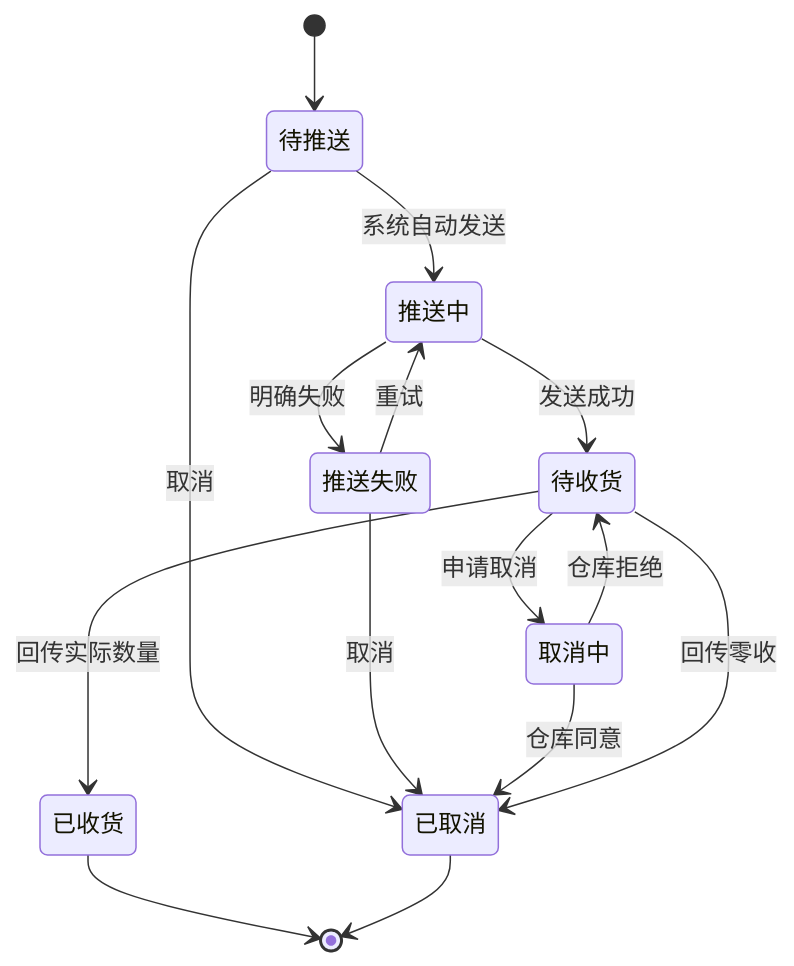
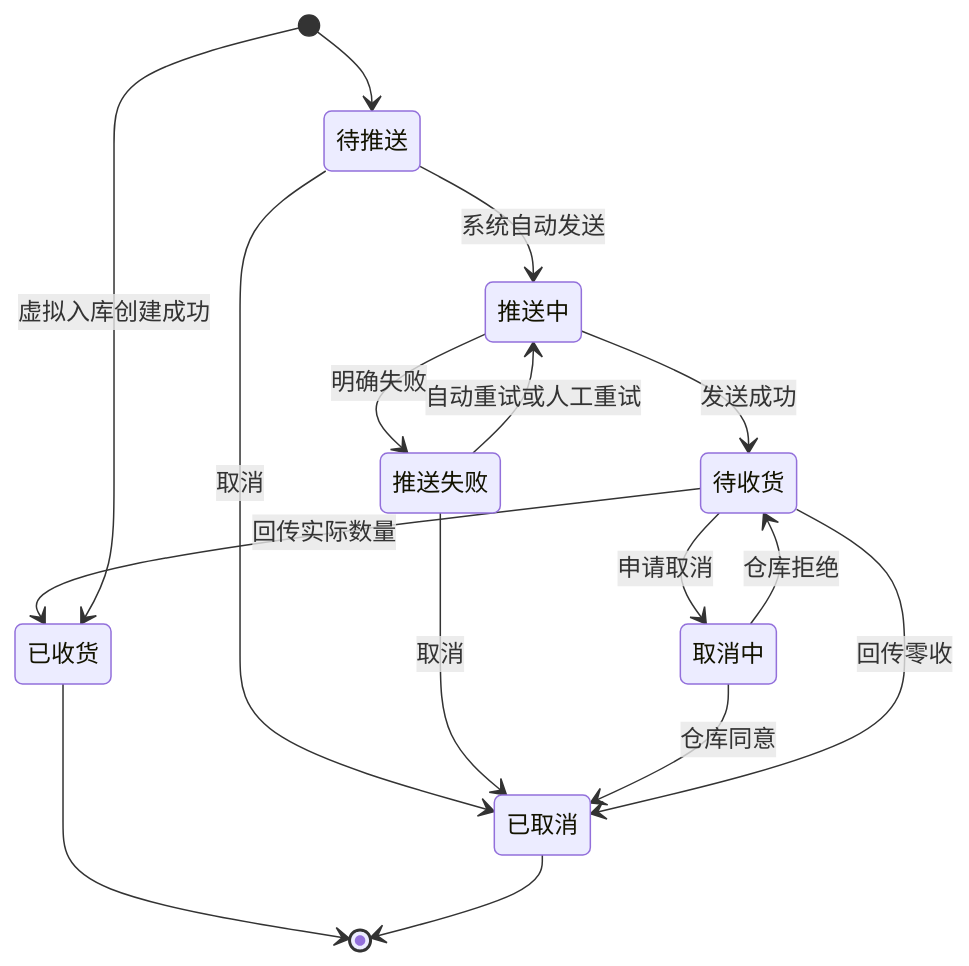
One commit to TopVitamin/QS-ERP-Project changed the third of 6 diagrams in 04-产品设计方案/20260812-ERP项目第一版框架搭建/系统架构和流程/03-单据与状态流转.md. Above: the diagram before and after it, drawn with Mermaid. The commit also changed other lines of this file and 101 other files, not shown here.

````diff
--- a/04-产品设计方案/20260812-ERP项目第一版框架搭建/系统架构和流程/03-单据与状态流转.md
+++ b/04-产品设计方案/20260812-ERP项目第一版框架搭建/系统架构和流程/03-单据与状态流转.md
@@ -91,17 +97,18 @@
 ```mermaid
 stateDiagram-v2
     [*] --> 待推送
     待推送 --> 推送中: 系统自动发送
     推送中 --> 待收货: 发送成功
     推送中 --> 推送失败: 明确失败
-    推送失败 --> 推送中: 重试
+    推送失败 --> 推送中: 自动重试或人工重试
     待推送 --> 已取消: 取消
     推送失败 --> 已取消: 取消
     待收货 --> 取消中: 申请取消
     取消中 --> 待收货: 仓库拒绝
     取消中 --> 已取消: 仓库同意
     待收货 --> 已收货: 回传实际数量
     待收货 --> 已取消: 回传零收
     已收货 --> [*]
     已取消 --> [*]
+    [*] --> 已收货: 虚拟入库创建成功
 ```
````
